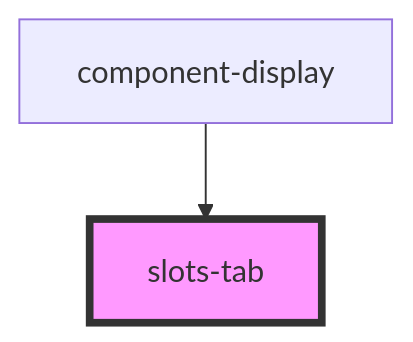
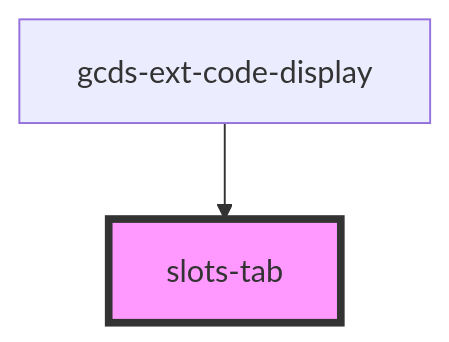
One commit to gcds-extensions/code-display changed the diagram in src/components/slots-tab/readme.md. Above: the diagram before and after it, drawn with Mermaid. The commit also changed other lines of this file and 13 other files, not shown here.

Commit message:
feat: Change name to gcds-ext-code-display

````diff
--- a/src/components/slots-tab/readme.md
+++ b/src/components/slots-tab/readme.md
@@ -32,5 +32,5 @@
 ```mermaid
 graph TD;
-  component-display --> slots-tab
+  gcds-ext-code-display --> slots-tab
   style slots-tab fill:#f9f,stroke:#333,stroke-width:4px
 ```
````
